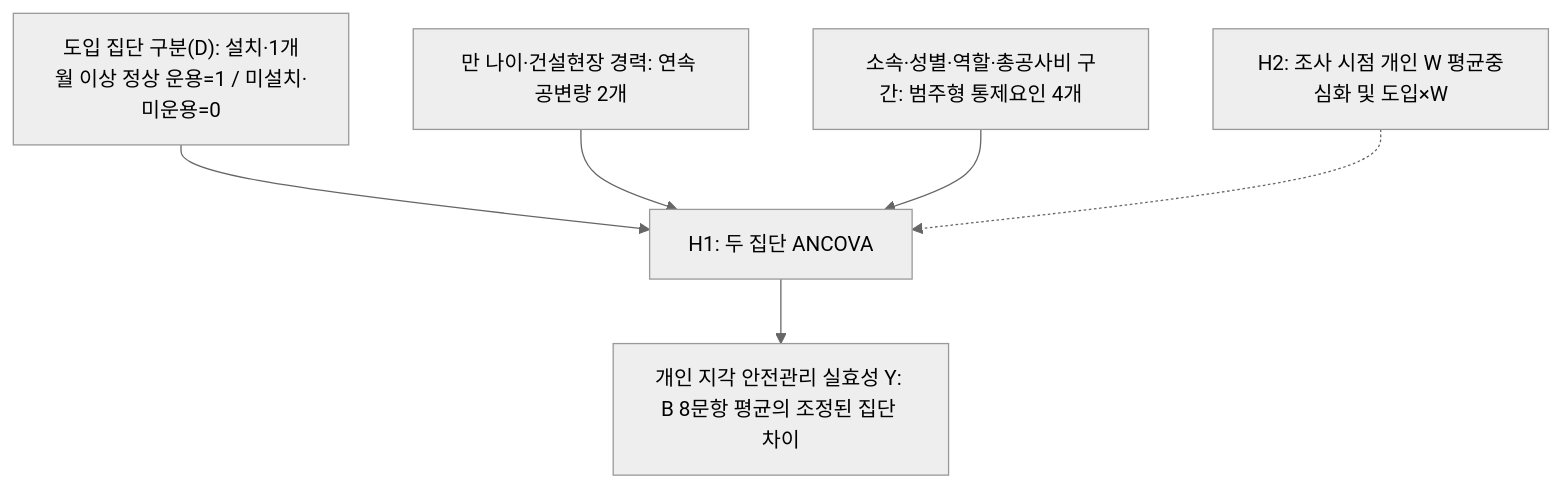
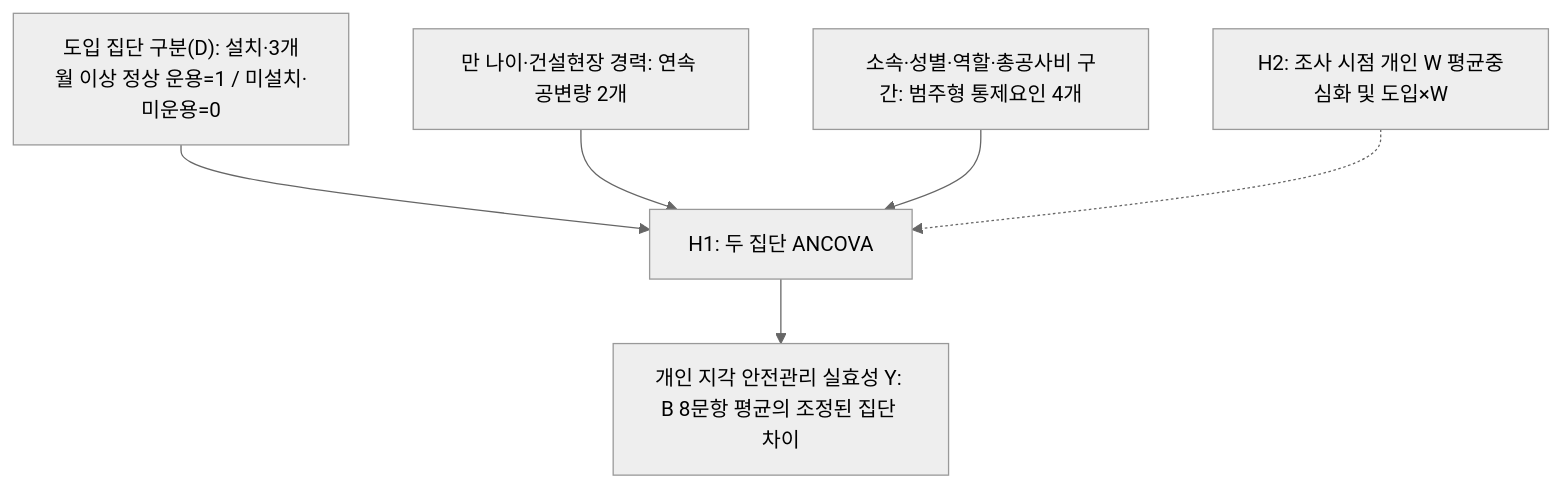
One commit to yoonhyuk12/ggthesis changed the diagram in 01.docs/04_연구설계.md. Above: the diagram before and after it, drawn with Mermaid (neutral theme). The commit also changed other lines of this file and 47 other files, not shown here.

````diff
--- a/01.docs/04_연구설계.md
+++ b/01.docs/04_연구설계.md
@@ -33,8 +33,8 @@
 ```mermaid
 flowchart TB
-  D["도입 집단 구분(D): 설치·1개월 이상 정상 운용=1 / 미설치·미운용=0"] --> M["H1: 두 집단 ANCOVA"]
+  D["도입 집단 구분(D): 설치·3개월 이상 정상 운용=1 / 미설치·미운용=0"] --> M["H1: 두 집단 ANCOVA"]
   C["만 나이·건설현장 경력: 연속 공변량 2개"] --> M
   Z["소속·성별·역할·총공사비 구간: 범주형 통제요인 4개"] --> M
   M --> Y["개인 지각 안전관리 실효성 Y: B 8문항 평균의 조정된 집단 차이"]
   W["H2: 조사 시점 개인 W 평균중심화 및 도입×W"] -.-> M
 ```
````
